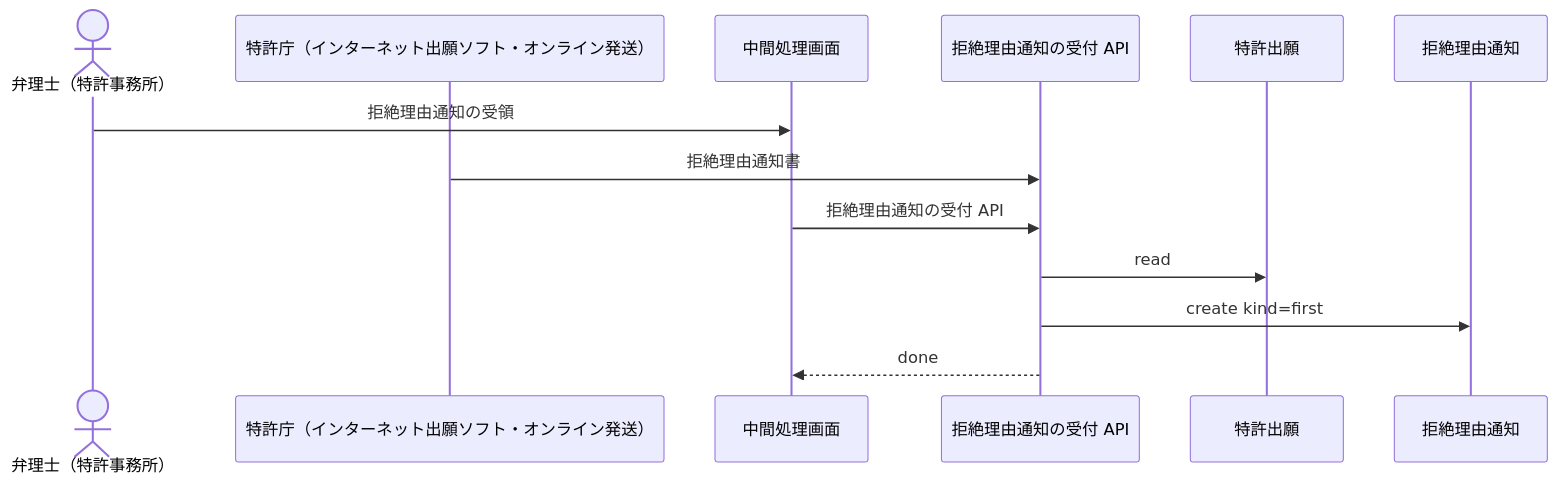
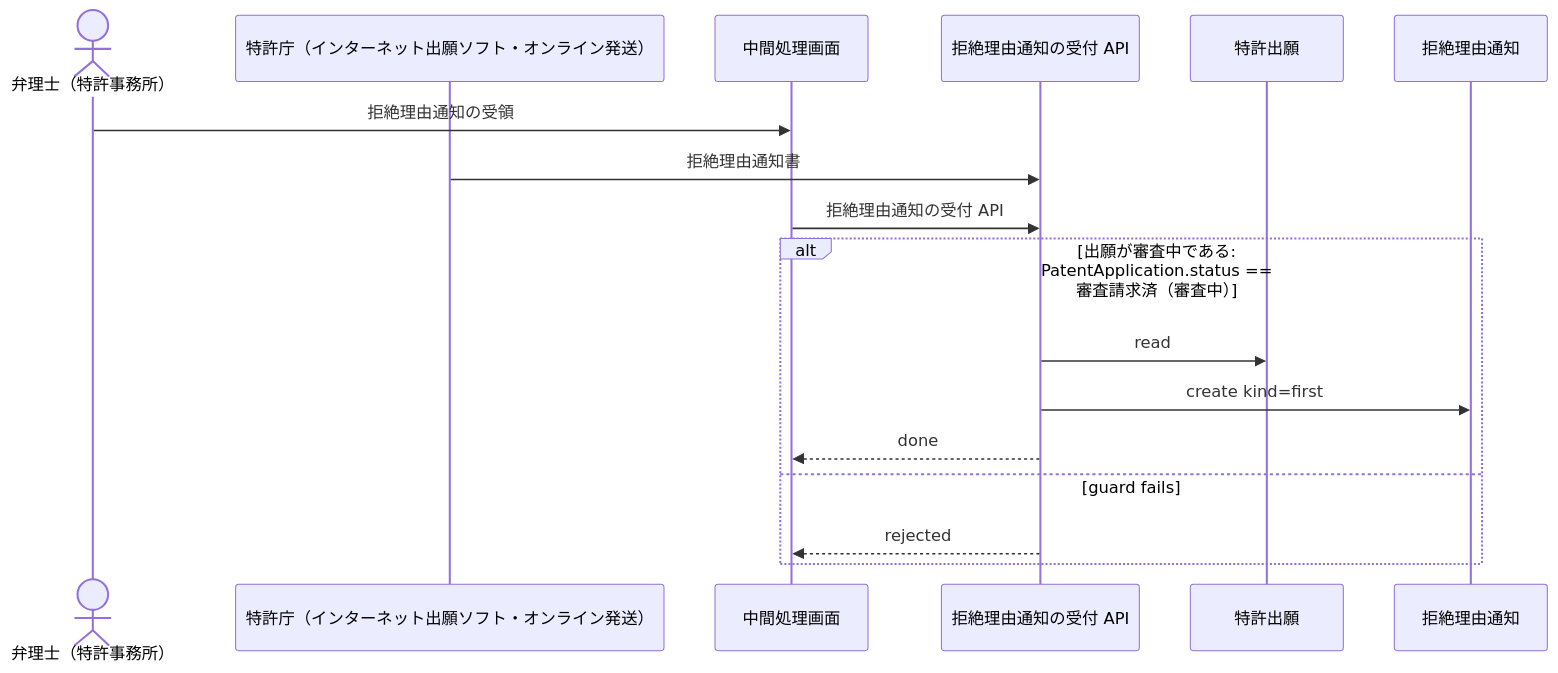
One commit to manji-0/rdra-ish-dsl changed the diagram in samples/patent-ops/out/uc/sequence_ReceiveOfficeAction.mmd. Above: the diagram before and after it, drawn with Mermaid. The commit also changed 21 other files, not shown here.

```diff
--- a/samples/patent-ops/out/uc/sequence_ReceiveOfficeAction.mmd
+++ b/samples/patent-ops/out/uc/sequence_ReceiveOfficeAction.mmd
@@ -1,16 +1,20 @@
 %% rdra-ish diagram=sequence scope=usecase:ReceiveOfficeAction model=samples/patent-ops
 %% kinds: actor extsystem screen api entity
-%% omitted: buc step medium permission event
+%% omitted: buc step medium permission event condition
 sequenceDiagram
   actor actor__PatentAttorney as 弁理士（特許事務所）
   participant extsystem__Jpo as 特許庁（インターネット出願ソフト・オンライン発送）
   participant screen__OfficeActionScreen as 中間処理画面
   participant api__OfficeActionIntakeApi as 拒絶理由通知の受付 API
   participant entity__PatentApplication as 特許出願
   participant entity__OfficeAction as 拒絶理由通知
   actor__PatentAttorney ->> screen__OfficeActionScreen: 拒絶理由通知の受領
   extsystem__Jpo ->> api__OfficeActionIntakeApi: 拒絶理由通知書
   screen__OfficeActionScreen ->> api__OfficeActionIntakeApi: 拒絶理由通知の受付 API
-  api__OfficeActionIntakeApi ->> entity__PatentApplication: read
-  api__OfficeActionIntakeApi ->> entity__OfficeAction: create kind=first
-  api__OfficeActionIntakeApi -->> screen__OfficeActionScreen: done
+  alt 出願が審査中である: PatentApplication.status == 審査請求済（審査中）
+    api__OfficeActionIntakeApi ->> entity__PatentApplication: read
+    api__OfficeActionIntakeApi ->> entity__OfficeAction: create kind=first
+    api__OfficeActionIntakeApi -->> screen__OfficeActionScreen: done
+  else guard fails
+    api__OfficeActionIntakeApi -->> screen__OfficeActionScreen: rejected
+  end
```
